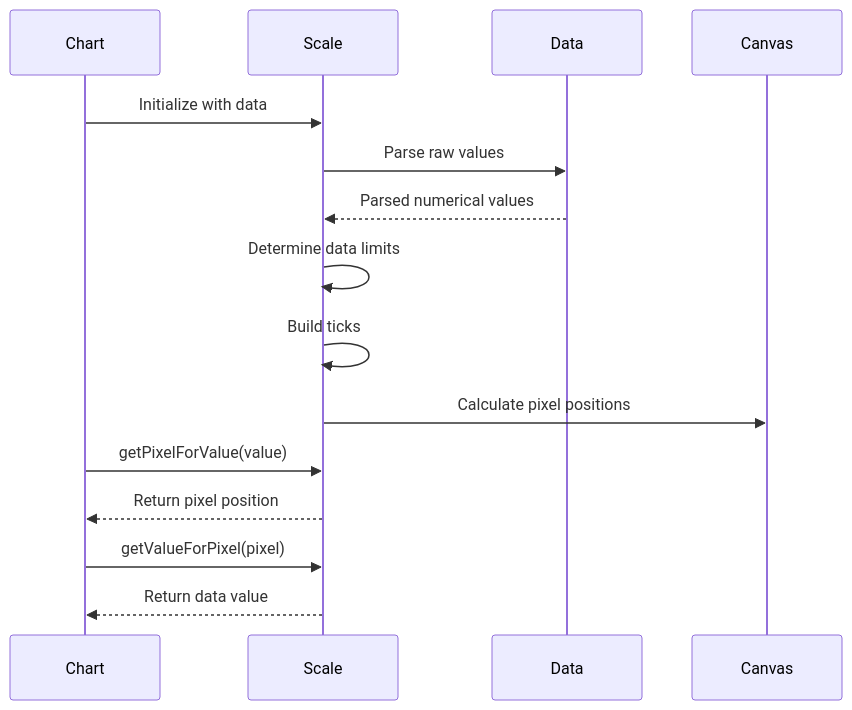
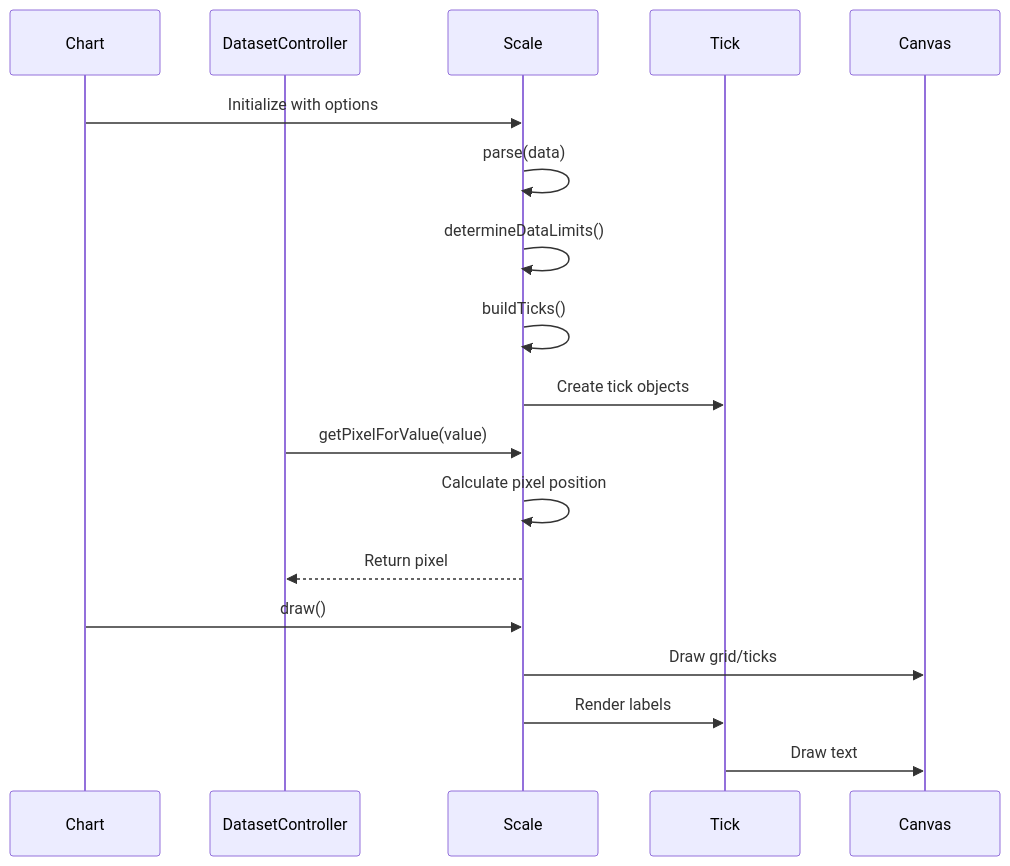
The third of 3 diagrams in docs/chartjs--Chart.js-docs/scales.md (FSoft-AI4Code/codewiki-demo), drawn with Mermaid before and after one commit. The commit also changed other lines of this file and 1103 other files, not shown here.

````diff
--- a/docs/chartjs--Chart.js-docs/scales.md
+++ b/docs/chartjs--Chart.js-docs/scales.md
@@ -131,18 +151,23 @@
 ```mermaid
 sequenceDiagram
     participant Chart
+    participant DatasetController
     participant Scale
-    participant Data
+    participant Tick
     participant Canvas
     
-    Chart->>Scale: Initialize with data
-    Scale->>Data: Parse raw values
-    Data-->>Scale: Parsed numerical values
-    Scale->>Scale: Determine data limits
-    Scale->>Scale: Build ticks
-    Scale->>Canvas: Calculate pixel positions
-    Chart->>Scale: getPixelForValue(value)
-    Scale-->>Chart: Return pixel position
-    Chart->>Scale: getValueForPixel(pixel)
-    Scale-->>Chart: Return data value
+    Chart->>Scale: Initialize with options
+    Scale->>Scale: parse(data)
+    Scale->>Scale: determineDataLimits()
+    Scale->>Scale: buildTicks()
+    Scale->>Tick: Create tick objects
+    
+    DatasetController->>Scale: getPixelForValue(value)
+    Scale->>Scale: Calculate pixel position
+    Scale-->>DatasetController: Return pixel
+    
+    Chart->>Scale: draw()
+    Scale->>Canvas: Draw grid/ticks
+    Scale->>Tick: Render labels
+    Tick->>Canvas: Draw text
 ```
````
